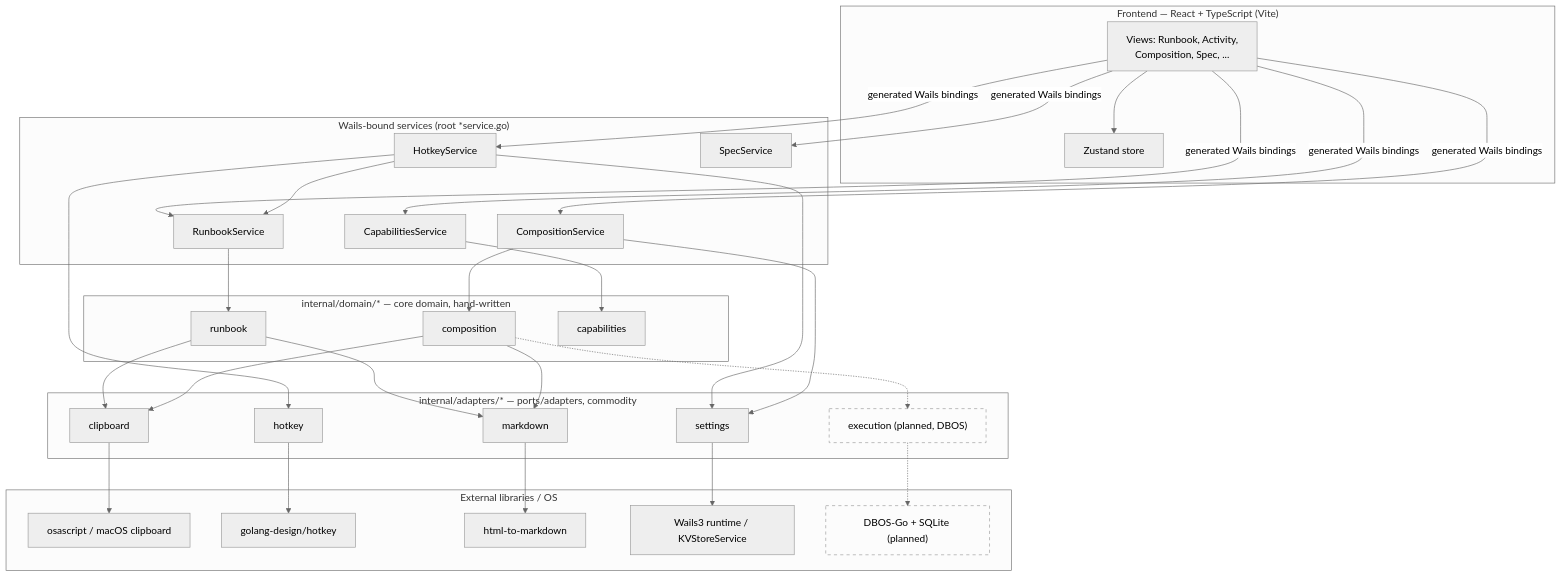
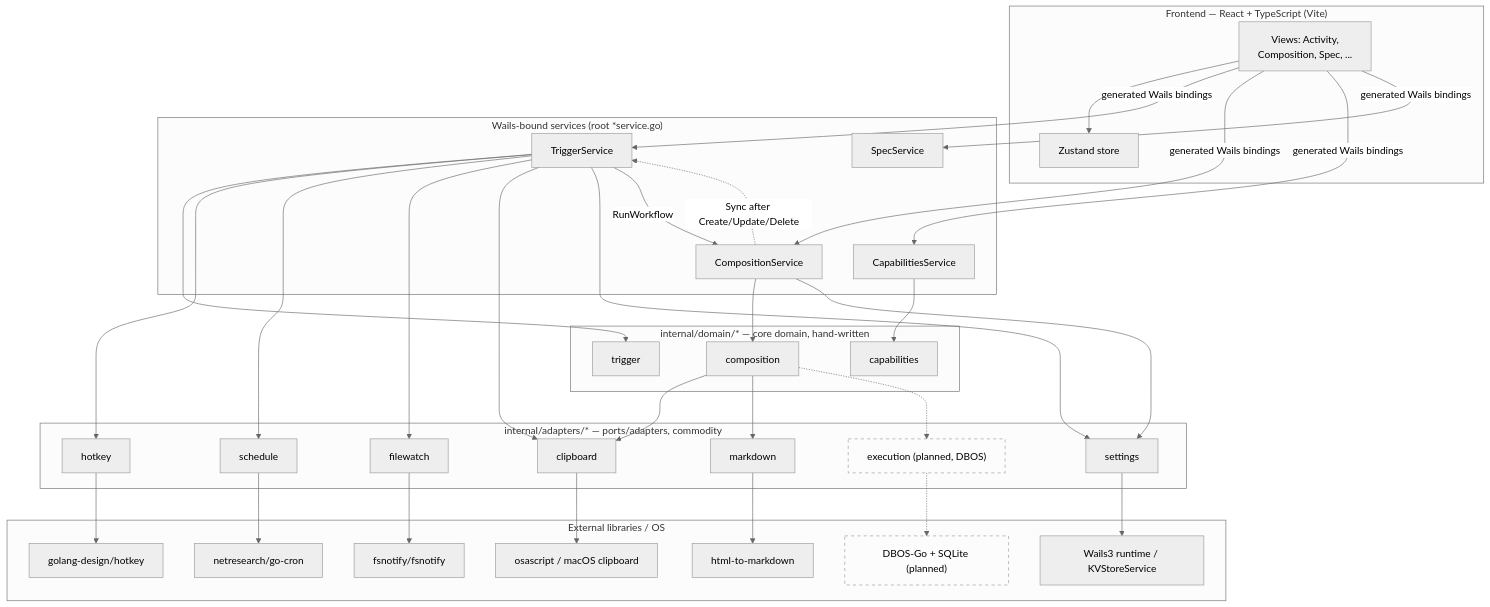
The second of 2 diagrams in docs/SPEC.md (alicoding/mill), drawn with Mermaid (neutral theme) before and after one commit. The commit also changed other lines of this file, not shown here.

First line of the commit message:
docs: mark Trigger primitives, ConfigField typing, and Runbook retirement built

````diff
--- a/docs/SPEC.md
+++ b/docs/SPEC.md
@@ -317,63 +317,69 @@
 ```mermaid
 graph TB
     subgraph Frontend["Frontend — React + TypeScript (Vite)"]
-        Views["Views: Runbook, Activity,<br/>Composition, Spec, ..."]
+        Views["Views: Activity,<br/>Composition, Spec, ..."]
         Store["Zustand store"]
     end
     subgraph Bindings["Wails-bound services (root *service.go)"]
-        RunbookSvc["RunbookService"]
-        HotkeySvc["HotkeyService"]
+        TrigSvc["TriggerService"]
         CompSvc["CompositionService"]
         CapSvc["CapabilitiesService"]
         SpecSvc["SpecService"]
     end
     subgraph Domain["internal/domain/* — core domain, hand-written"]
-        RunbookDom["runbook"]
+        TrigDom["trigger"]
         CompDom["composition"]
         CapDom["capabilities"]
     end
     subgraph Adapters["internal/adapters/* — ports/adapters, commodity"]
         Clipboard["clipboard"]
         Markdown["markdown"]
         Hotkey["hotkey"]
+        Schedule["schedule"]
+        Filewatch["filewatch"]
         Settings["settings"]
         ExecAdapter["execution (planned, DBOS)"]
     end
     subgraph External["External libraries / OS"]
         OSA["osascript / macOS clipboard"]
         GDH["golang-design/hotkey"]
+        NRC["netresearch/go-cron"]
+        FSN["fsnotify/fsnotify"]
         H2M["html-to-markdown"]
         WailsRT["Wails3 runtime / KVStoreService"]
         DBOSExt["DBOS-Go + SQLite (planned)"]
     end
 
     Views --> Store
-    Views -->|generated Wails bindings| RunbookSvc
-    Views -->|generated Wails bindings| HotkeySvc
+    Views -->|generated Wails bindings| TrigSvc
     Views -->|generated Wails bindings| CompSvc
     Views -->|generated Wails bindings| CapSvc
     Views -->|generated Wails bindings| SpecSvc
 
-    RunbookSvc --> RunbookDom
-    HotkeySvc --> RunbookSvc
-    HotkeySvc --> Hotkey
-    HotkeySvc --> Settings
+    TrigSvc --> TrigDom
+    TrigSvc --> Hotkey
+    TrigSvc --> Schedule
+    TrigSvc --> Filewatch
+    TrigSvc --> Clipboard
+    TrigSvc --> Settings
+    TrigSvc -->|RunWorkflow| CompSvc
     CompSvc --> CompDom
     CompSvc --> Settings
+    CompSvc -.->|Sync after Create/Update/Delete| TrigSvc
     CapSvc --> CapDom
 
-    RunbookDom --> Clipboard
-    RunbookDom --> Markdown
     CompDom --> Clipboard
     CompDom --> Markdown
     CompDom -.-> ExecAdapter
 
     Clipboard --> OSA
     Markdown --> H2M
     Hotkey --> GDH
+    Schedule --> NRC
+    Filewatch --> FSN
     Settings --> WailsRT
     ExecAdapter -.-> DBOSExt
 
     classDef planned stroke-dasharray: 5 5,fill:transparent
     class ExecAdapter,DBOSExt planned
 ```
````
